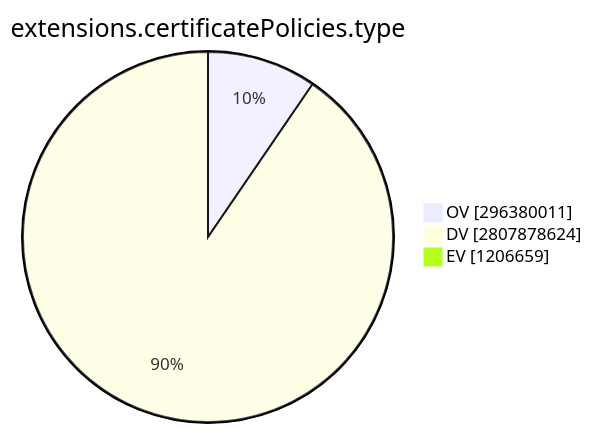
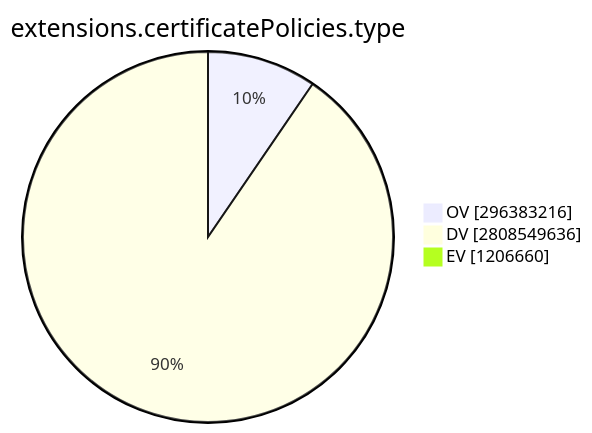
The ninth of 15 diagrams in TOTAL/README.md (christiankrug/ctmonitor_visualization), drawn with Mermaid before and after one commit. The commit also changed other lines of this file, not shown here.

````diff
--- a/TOTAL/README.md
+++ b/TOTAL/README.md
@@ -3099,7 +3099,7 @@
 ```mermaid
 pie showData
 title extensions.certificatePolicies.type
-"OV" :296380011
-"DV" :2807878624
-"EV" :1206659
+"OV" :296383216
+"DV" :2808549636
+"EV" :1206660
 ```
````
